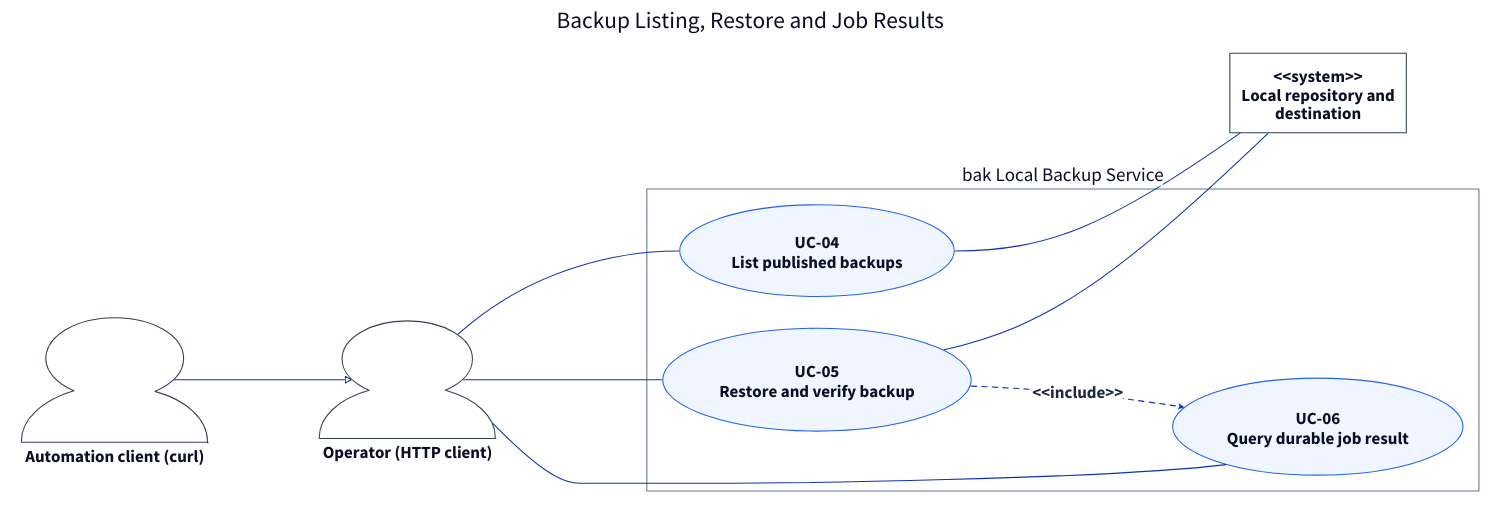
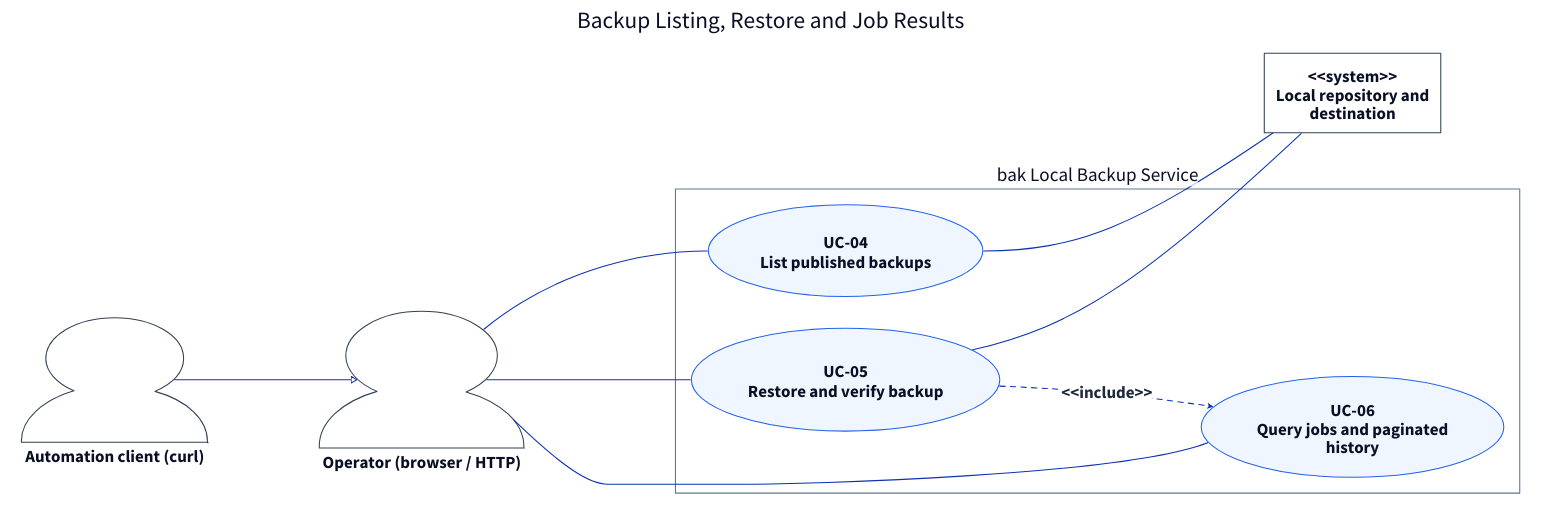
Before and after one commit to qi7876/software-development-exp: the diagram in docs/report/generated/use-case-restore-maintenance.d2, drawn with D2. The commit also changed 26 other files, not shown here.

First line of the commit message:
docs: align course report with current architecture (#21)

```diff
--- a/docs/report/generated/use-case-restore-maintenance.d2
+++ b/docs/report/generated/use-case-restore-maintenance.d2
@@ -1,53 +1,53 @@
 # Generated from docs/report/use-cases.yaml; do not edit directly.
 direction: right
 **.style.font-size: 32
 (** -> **)[*].style: {font-size: 32; bold: true; italic: false; font-color: "#1E293B"}
 (** -- **)[*].style: {font-size: 32; bold: true; italic: false; font-color: "#1E293B"}
 (** <- **)[*].style: {font-size: 32; bold: true; italic: false; font-color: "#1E293B"}
 diagram: "Backup Listing, Restore and Job Results" {
   style.font-size: 44
   style.fill: white
   style.stroke: transparent
-  CLIENT: "Operator (HTTP client)" {
+  CLIENT: "Operator (browser / HTTP)" {
     shape: person
     style.stroke: "#334155"
     style.fill: white
   }
   AUT: "Automation client (curl)" {
     shape: person
     style.stroke: "#334155"
     style.fill: white
   }
   TGT: "<<system>>\nLocal repository and\ndestination" {
     shape: rectangle
     style.stroke: "#334155"
     style.fill: white
   }
   system: "bak Local Backup Service" {
     style.font-size: 36
     style.stroke: "#64748B"
     style.fill: white
     UC_04: "UC-04\nList published backups" {
       shape: oval
       style.stroke: "#2563EB"
       style.fill: "#EFF6FF"
     }
     UC_05: "UC-05\nRestore and verify backup" {
       shape: oval
       style.stroke: "#2563EB"
       style.fill: "#EFF6FF"
     }
-    UC_06: "UC-06\nQuery durable job result" {
+    UC_06: "UC-06\nQuery jobs and paginated\nhistory" {
       shape: oval
       style.stroke: "#2563EB"
       style.fill: "#EFF6FF"
     }
   }
   CLIENT -- system.UC_04
   CLIENT -- system.UC_05
   CLIENT -- system.UC_06
   system.UC_04 -- TGT
   system.UC_05 -- TGT
   AUT -> CLIENT: {target-arrowhead.style.filled: false}
   system.UC_05 -> system.UC_06: "<<include>>" {style.stroke-dash: 5; target-arrowhead.shape: arrow}
 }
```
